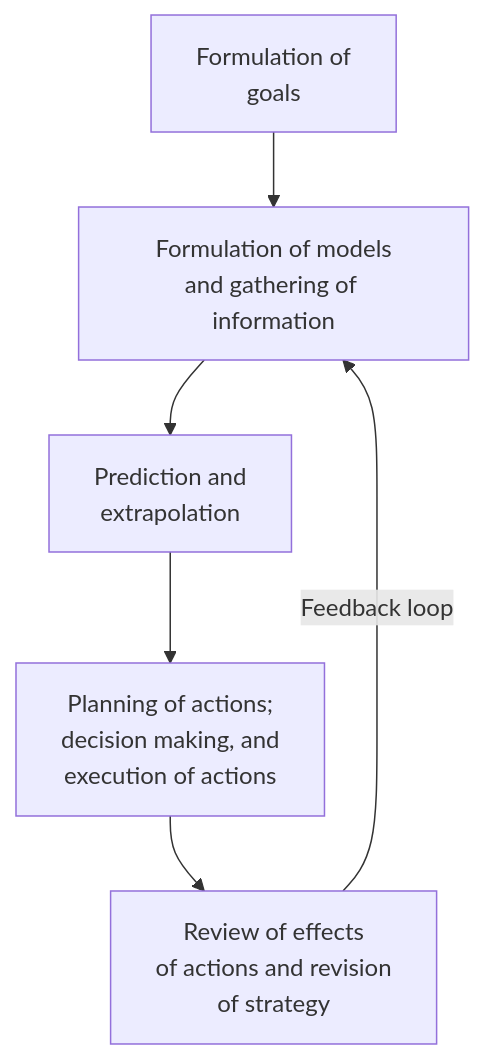
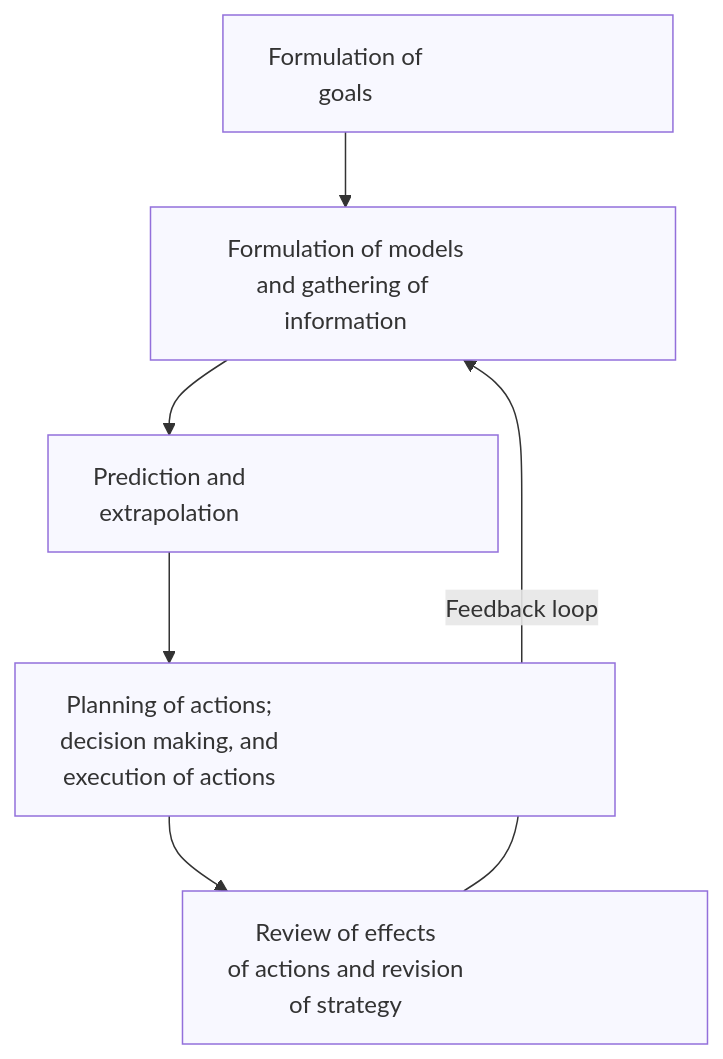
One commit to lukereding/book_notes changed the diagram in notes_logic_failure.md. Above: the diagram before and after it, drawn with Mermaid.

Commit message:
Try custom widths

````diff
--- a/notes_logic_failure.md
+++ b/notes_logic_failure.md
@@ -16,8 +16,15 @@
 ```mermaid
 flowchart TD
   A["Formulation of<br>goals"] --> B["Formulation of models<br>and gathering of information"]
   B --> C["Prediction and<br>extrapolation"]
   C --> D["Planning of actions;<br>decision making, and<br>execution of actions"]
   D --> E["Review of effects<br>of actions and revision<br>of strategy"]
   E -->|Feedback loop| B
+
+  %% Set custom widths
+  style A width:300px, fill:#f8f8ff, stroke:#9370DB;
+  style B width:350px, fill:#f8f8ff, stroke:#9370DB;
+  style C width:300px, fill:#f8f8ff, stroke:#9370DB;
+  style D width:400px, fill:#f8f8ff, stroke:#9370DB;
+  style E width:350px, fill:#f8f8ff, stroke:#9370DB;
 ```
````
